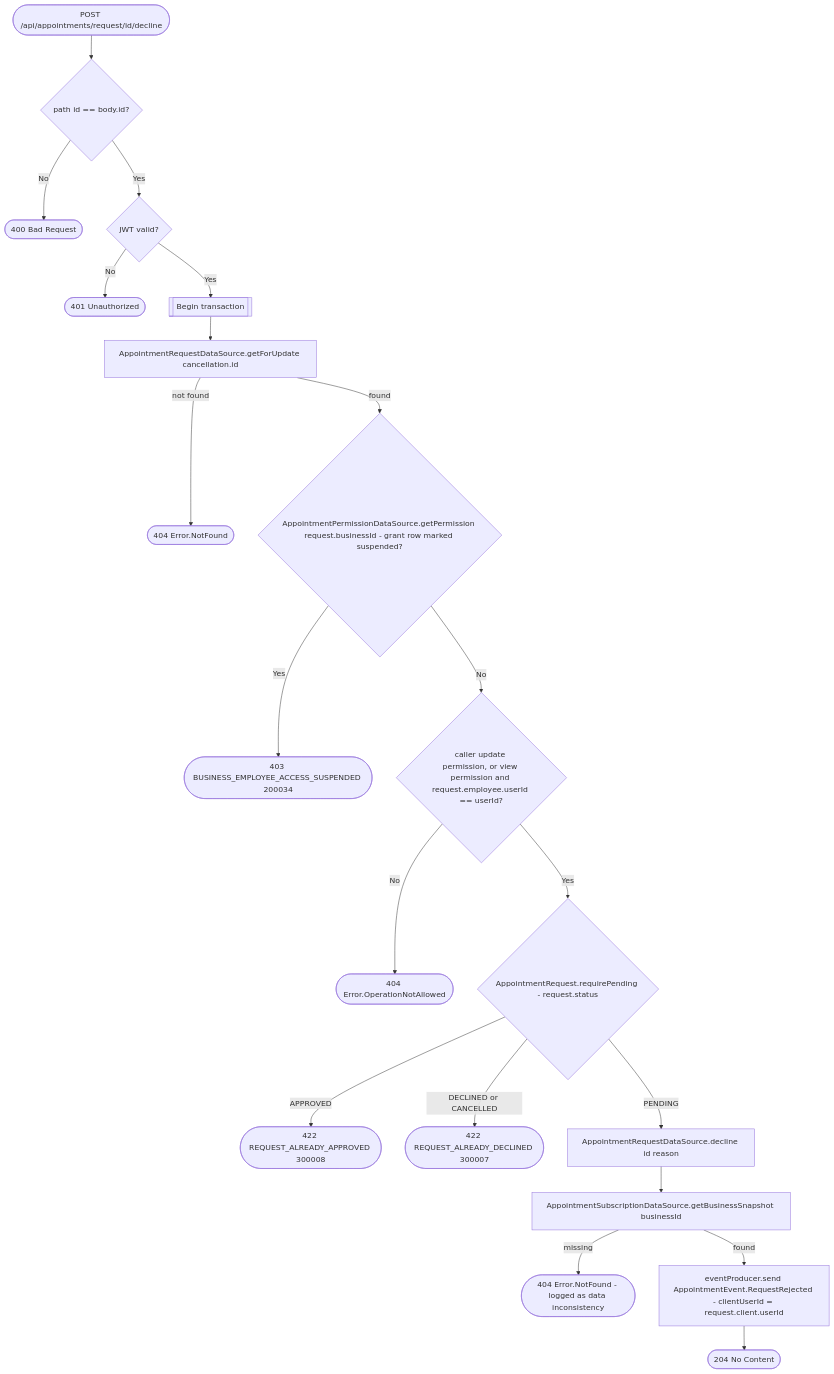
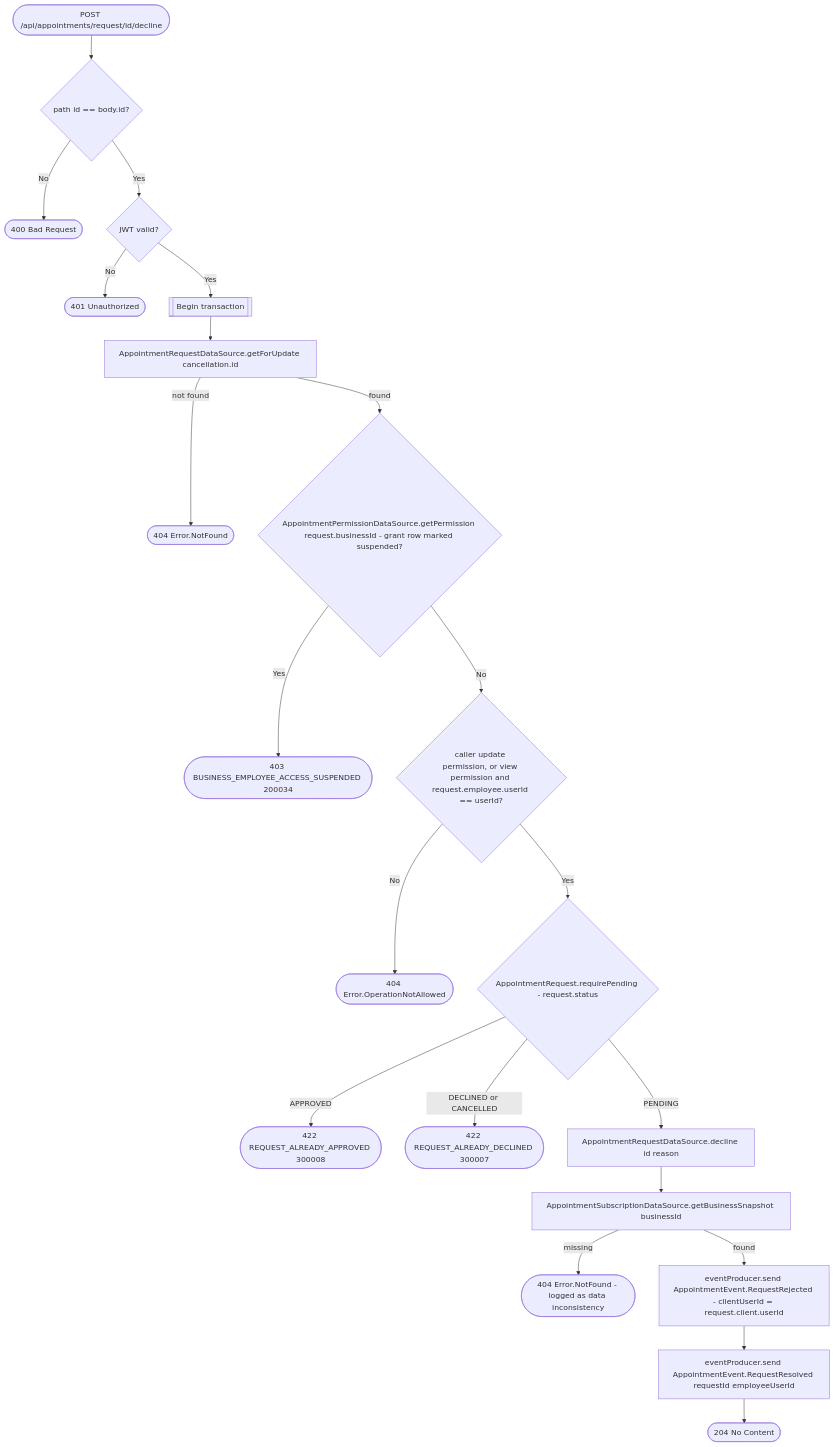
One commit to nocturneproperties/bookkme changed the diagram in docs/operations/appointments/decline-appointment-request.md. Above: the diagram before and after it, drawn with Mermaid. The commit also changed other lines of this file and 44 other files, not shown here.

````diff
--- a/docs/operations/appointments/decline-appointment-request.md
+++ b/docs/operations/appointments/decline-appointment-request.md
@@ -18,22 +18,23 @@
 ```mermaid
 flowchart TD
     Start([POST /api/appointments/request/id/decline]) --> PathCheck{path id == body.id?}
     PathCheck -- No --> R400([400 Bad Request])
     PathCheck -- Yes --> Auth{JWT valid?}
     Auth -- No --> R401([401 Unauthorized])
     Auth -- Yes --> Tx[[Begin transaction]]
     Tx --> Get[AppointmentRequestDataSource.getForUpdate cancellation.id]
     Get -- not found --> R404b([404 Error.NotFound])
     Get -- found --> Suspended{AppointmentPermissionDataSource.getPermission request.businessId - grant row marked suspended?}
     Suspended -- Yes --> R403s([403 BUSINESS_EMPLOYEE_ACCESS_SUSPENDED 200034])
     Suspended -- No --> Perm{caller update permission, or view permission and request.employee.userId == userId?}
     Perm -- No --> R404a([404 Error.OperationNotAllowed])
     Perm -- Yes --> Status{AppointmentRequest.requirePending - request.status}
     Status -- APPROVED --> R422a([422 REQUEST_ALREADY_APPROVED 300008])
     Status -- DECLINED or CANCELLED --> R422b([422 REQUEST_ALREADY_DECLINED 300007])
     Status -- PENDING --> Decline[AppointmentRequestDataSource.decline id reason]
     Decline --> Snapshot[AppointmentSubscriptionDataSource.getBusinessSnapshot businessId]
     Snapshot -- missing --> R404c([404 Error.NotFound - logged as data inconsistency])
     Snapshot -- found --> Event["eventProducer.send AppointmentEvent.RequestRejected - clientUserId = request.client.userId"]
-    Event --> R204([204 No Content])
+    Event --> Resolved[eventProducer.send AppointmentEvent.RequestResolved requestId employeeUserId]
+    Resolved --> R204([204 No Content])
 ```
````
